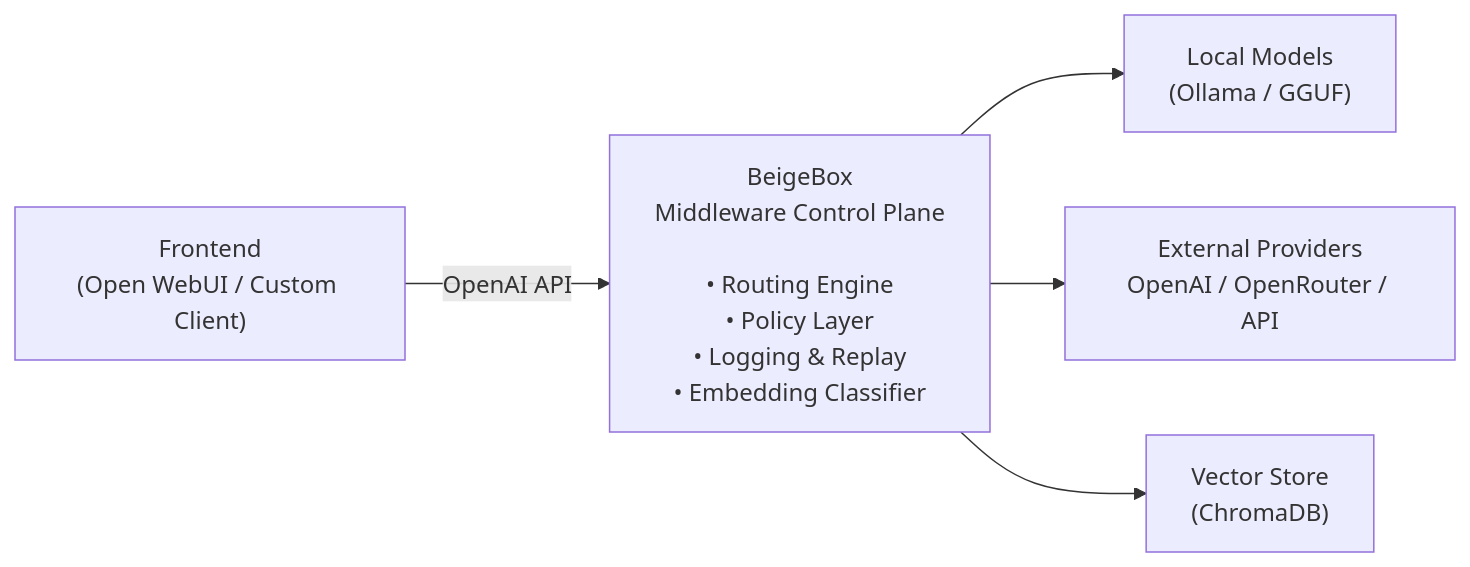
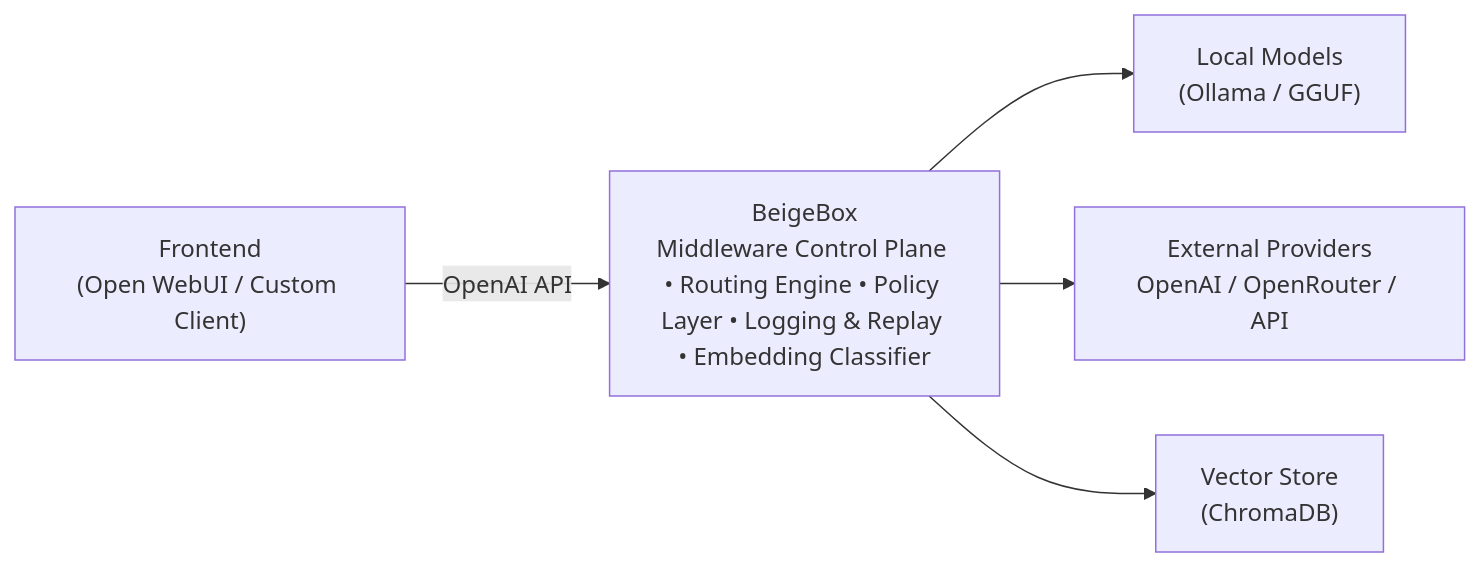
The first of 3 diagrams in README.md (RALaBarge/beigebox), drawn with Mermaid before and after one commit. The commit also changed other lines of this file, not shown here.

Commit message:
Refactor Mermaid diagrams for better readability

````diff
--- a/README.md
+++ b/README.md
@@ -45,14 +45,14 @@
 ```mermaid
 flowchart LR
     FE["Frontend\n(Open WebUI / Custom Client)"]
-    BB["BeigeBox\nMiddleware Control Plane\n\n• Routing Engine\n• Policy Layer\n• Logging & Replay\n• Embedding Classifier"]
+    BB["BeigeBox\nMiddleware Control Plane • Routing Engine • Policy Layer • Logging & Replay • Embedding Classifier"]
 
     LM["Local Models\n(Ollama / GGUF)"]
     EP["External Providers\nOpenAI / OpenRouter / API"]
     VS["Vector Store\n(ChromaDB)"]
 
     FE -->|OpenAI API| BB
     BB --> LM
     BB --> EP
     BB --> VS
 ```
````
